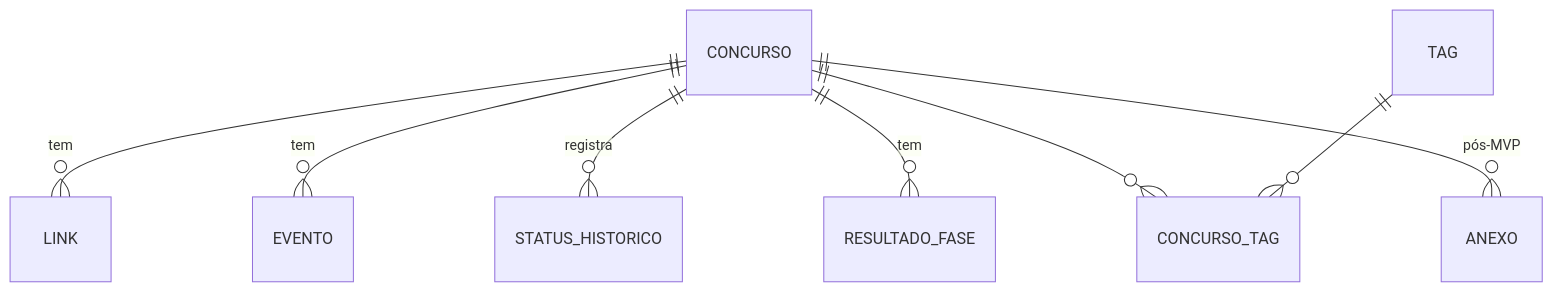
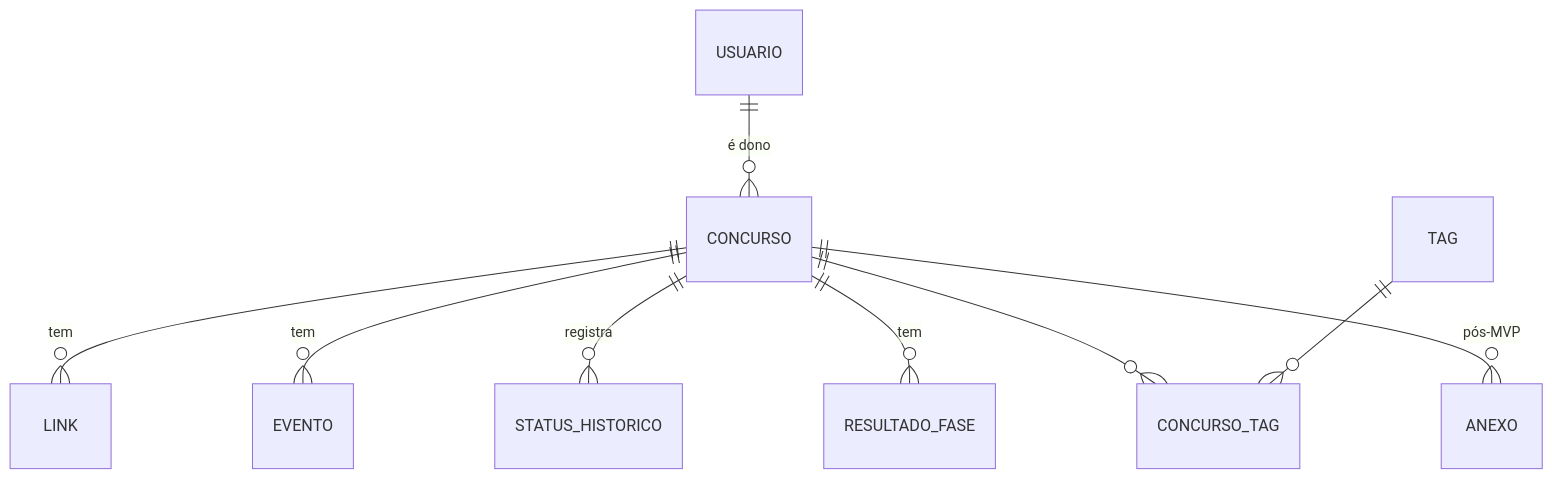
The second of 2 diagrams in docs/ARQUITETURA.md (rkenjiak/concurso), drawn with Mermaid before and after one commit. The commit also changed other lines of this file and 86 other files, not shown here.

````diff
--- a/docs/ARQUITETURA.md
+++ b/docs/ARQUITETURA.md
@@ -71,10 +71,11 @@
 ```mermaid
 erDiagram
+  USUARIO ||--o{ CONCURSO : "é dono"
   CONCURSO ||--o{ LINK : tem
   CONCURSO ||--o{ EVENTO : tem
   CONCURSO ||--o{ STATUS_HISTORICO : registra
   CONCURSO ||--o{ RESULTADO_FASE : tem
   CONCURSO ||--o{ CONCURSO_TAG : ""
   TAG ||--o{ CONCURSO_TAG : ""
   CONCURSO ||--o{ ANEXO : "pós-MVP"
 ```
````
